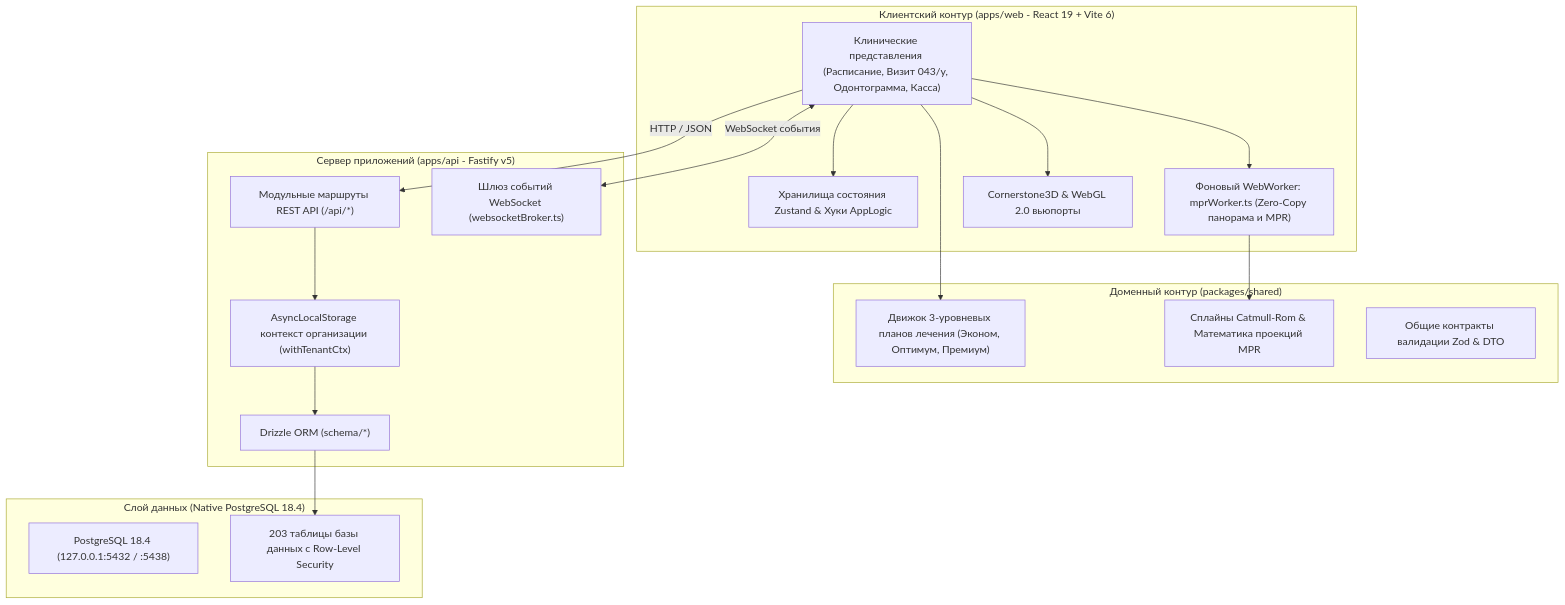
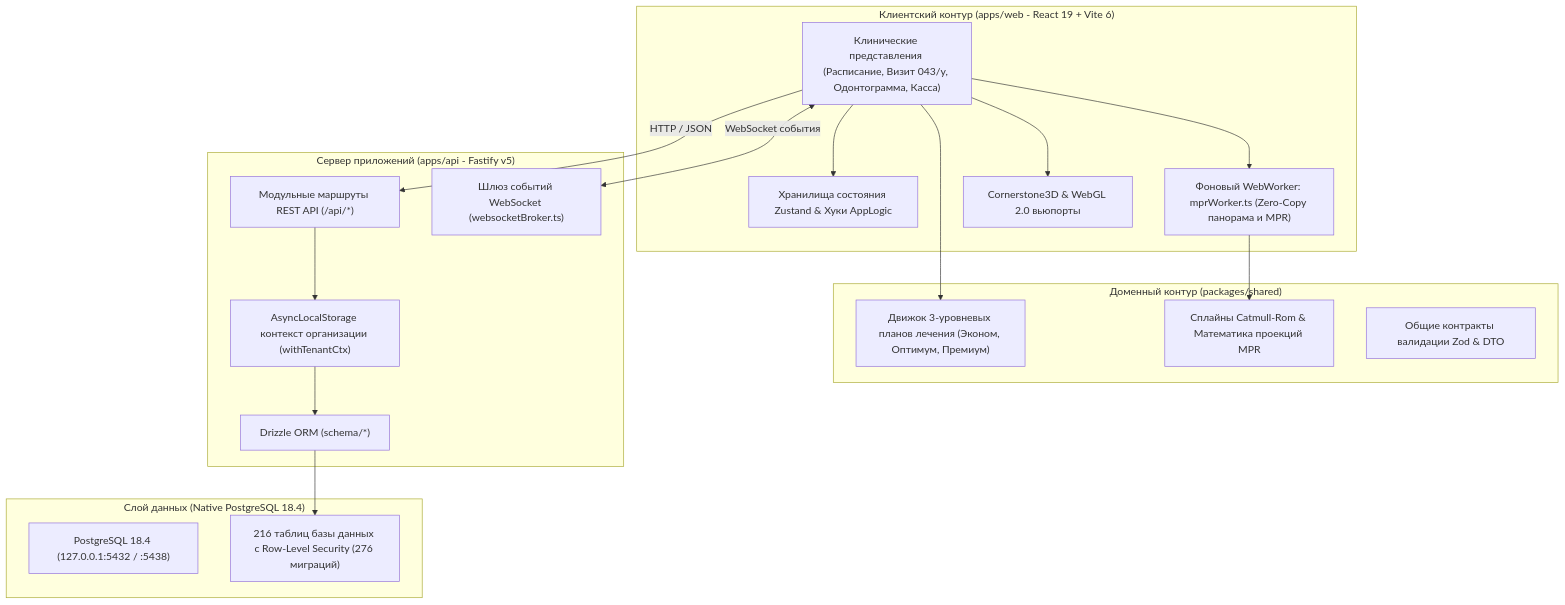
Before and after one commit to marko1olo/dental-crm: the first of 3 diagrams in docs/ARCHITECTURE.md, drawn with Mermaid. The commit also changed 58 other files, not shown here.

````diff
--- a/docs/ARCHITECTURE.md
+++ b/docs/ARCHITECTURE.md
@@ -17,38 +17,38 @@
 ```mermaid
 graph TD
     subgraph Frontend_Client ["Клиентский контур (apps/web - React 19 + Vite 6)"]
         UI["Клинические представления (Расписание, Визит 043/у, Одонтограмма, Касса)"]
         Zustand["Хранилища состояния Zustand & Хуки AppLogic"]
         Worker["Фоновый WebWorker: mprWorker.ts (Zero-Copy панорама и MPR)"]
         Cornerstone["Cornerstone3D & WebGL 2.0 вьюпорты"]
     end
 
     subgraph Shared_Domain ["Доменный контур (packages/shared)"]
         PlanEngine["Движок 3-уровневых планов лечения (Эконом, Оптимум, Премиум)"]
         MprMath["Сплайны Catmull-Rom & Математика проекций MPR"]
         ZodSchemas["Общие контракты валидации Zod & DTO"]
     end
 
     subgraph Backend_Server ["Сервер приложений (apps/api - Fastify v5)"]
         API["Модульные маршруты REST API (/api/*)"]
         WS["Шлюз событий WebSocket (websocketBroker.ts)"]
         RLS["AsyncLocalStorage контекст организации (withTenantCtx)"]
         Drizzle["Drizzle ORM (schema/*)"]
     end
 
     subgraph Storage_Layer ["Слой данных (Native PostgreSQL 18.4)"]
         PG["PostgreSQL 18.4 (127.0.0.1:5432 / :5438)"]
-        Tables["203 таблицы базы данных с Row-Level Security"]
+        Tables["216 таблиц базы данных с Row-Level Security (276 миграций)"]
     end
 
     UI --> Zustand
     UI --> Worker
     UI --> Cornerstone
     Worker --> MprMath
     UI --> PlanEngine
     UI -->|HTTP / JSON| API
     UI <-->|WebSocket события| WS
     API --> RLS
     RLS --> Drizzle
     Drizzle --> Tables
 ```
````
